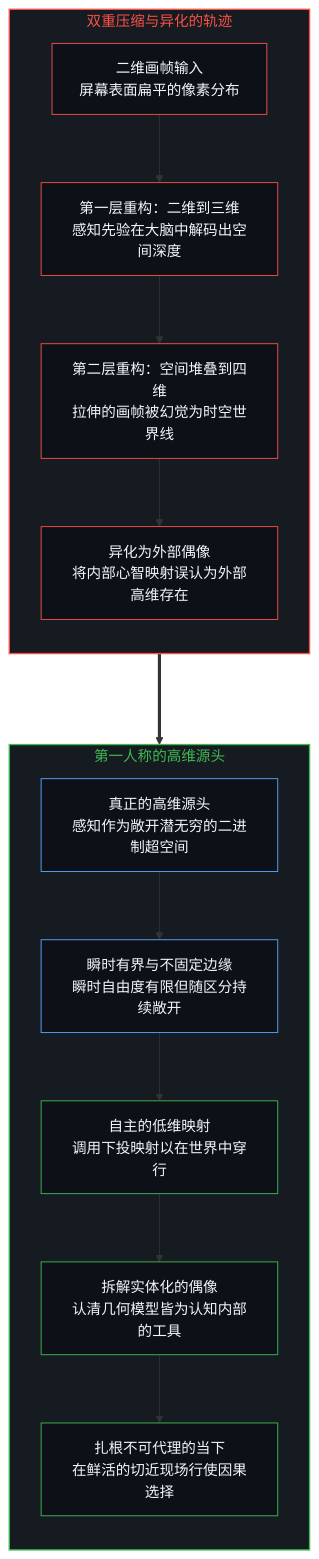
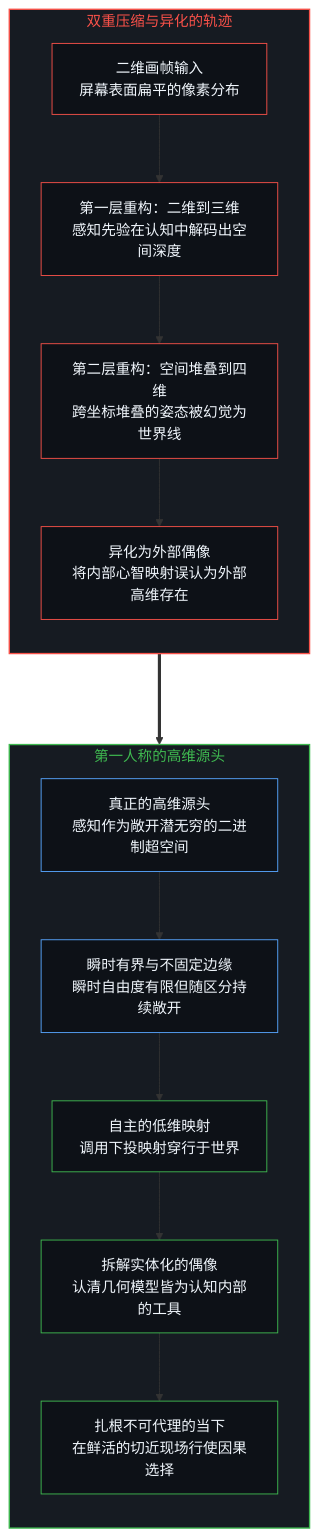
Before and after one commit to powerpig99/not-a-toe: the first of 4 diagrams in content/posts/the-myth-of-the-four-dimensional-deer-and-the-present-model.md, drawn with Mermaid. The commit also changed other lines of this file and 5 other files, not shown here.

````diff
--- a/content/posts/the-myth-of-the-four-dimensional-deer-and-the-present-model.md
+++ b/content/posts/the-myth-of-the-four-dimensional-deer-and-the-present-model.md
@@ -29,28 +29,28 @@
 ```mermaid
 flowchart TD
     subgraph S_ErrorTrack["双重压缩与异化的轨迹"]
         direction TB
-        E1["二维画帧输入<br/>屏幕表面扁平的像素分布"] --> E2["第一层重构：二维到三维<br/>感知先验在大脑中解码出空间深度"]
-        E2 --> E3["第二层重构：空间堆叠到四维<br/>拉伸的画帧被幻觉为时空世界线"]
+        E1["二维画帧输入<br/>屏幕表面扁平的像素分布"] --> E2["第一层重构：二维到三维<br/>感知先验在认知中解码出空间深度"]
+        E2 --> E3["第二层重构：空间堆叠到四维<br/>跨坐标堆叠的姿态被幻觉为世界线"]
         E3 --> E4["异化为外部偶像<br/>将内部心智映射误认为外部高维存在"]
     end
     S_ErrorTrack ===> S_RealityTrack
     subgraph S_RealityTrack["第一人称的高维源头"]
         direction TB
         R1["真正的高维源头<br/>感知作为敞开潜无穷的二进制超空间"] --> R2["瞬时有界与不固定边缘<br/>瞬时自由度有限但随区分持续敞开"]
-        R2 --> R3["自主的低维映射<br/>调用下投映射以在世界中穿行"]
+        R2 --> R3["自主的低维映射<br/>调用下投映射穿行于世界"]
         R3 --> R4["拆解实体化的偶像<br/>认清几何模型皆为认知内部的工具"]
         R4 --> R5["扎根不可代理的当下<br/>在鲜活的切近现场行使因果选择"]
     end
     style S_ErrorTrack fill:#161b22,stroke:#f85149,stroke-width:1.5px,color:#f85149
     style S_RealityTrack fill:#161b22,stroke:#3fb950,stroke-width:1.5px,color:#3fb950
     style E1 fill:#0d1117,stroke:#f85149,stroke-width:1px,color:#f0f6fc
     style E2 fill:#0d1117,stroke:#f85149,stroke-width:1px,color:#f0f6fc
     style E3 fill:#0d1117,stroke:#f85149,stroke-width:1px,color:#f0f6fc
     style E4 fill:#0d1117,stroke:#f85149,stroke-width:1px,color:#f0f6fc
     style R1 fill:#0d1117,stroke:#58a6ff,stroke-width:1px,color:#f0f6fc
     style R2 fill:#0d1117,stroke:#58a6ff,stroke-width:1px,color:#f0f6fc
     style R3 fill:#0d1117,stroke:#3fb950,stroke-width:1px,color:#f0f6fc
     style R4 fill:#0d1117,stroke:#3fb950,stroke-width:1px,color:#f0f6fc
     style R5 fill:#0d1117,stroke:#3fb950,stroke-width:1px,color:#f0f6fc
 ```
````
